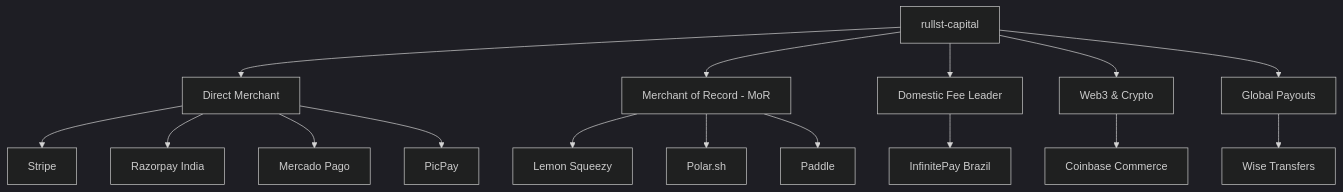
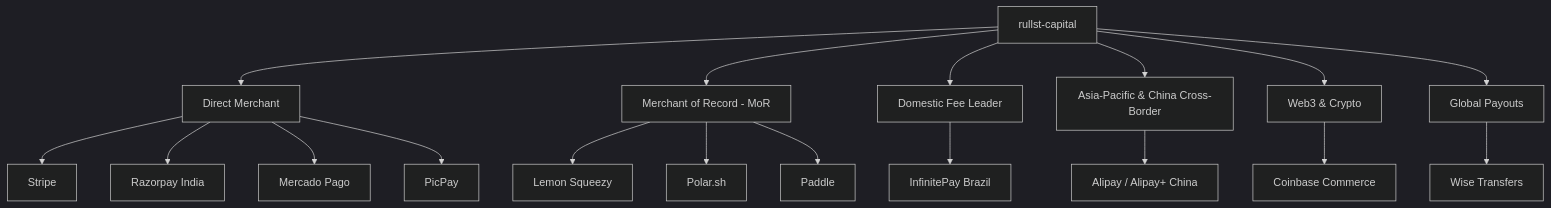
One commit to Rullst/Rullst changed the diagram in docs/src/payment-gateways-guide.md. Above: the diagram before and after it, drawn with Mermaid (dark theme). The commit also changed other lines of this file and 10 other files, not shown here.

````diff
--- a/docs/src/payment-gateways-guide.md
+++ b/docs/src/payment-gateways-guide.md
@@ -11,21 +11,23 @@
 ```mermaid
 graph TD
     Capital[rullst-capital] --> Direct[Direct Merchant]
     Capital --> MoR[Merchant of Record - MoR]
     Capital --> Domestic[Domestic Fee Leader]
+    Capital --> APAC[Asia-Pacific & China Cross-Border]
     Capital --> Crypto[Web3 & Crypto]
     Capital --> Payouts[Global Payouts]
 
     Direct --> Stripe[Stripe]
     Direct --> Razorpay[Razorpay India]
     Direct --> MercadoPago[Mercado Pago]
     Direct --> PicPay[PicPay]
 
     MoR --> LemonSqueezy[Lemon Squeezy]
     MoR --> Polar[Polar.sh]
     MoR --> Paddle[Paddle]
 
     Domestic --> InfinitePay[InfinitePay Brazil]
+    APAC --> Alipay[Alipay / Alipay+ China]
     Crypto --> Coinbase[Coinbase Commerce]
     Payouts --> Wise[Wise Transfers]
 ```
````
